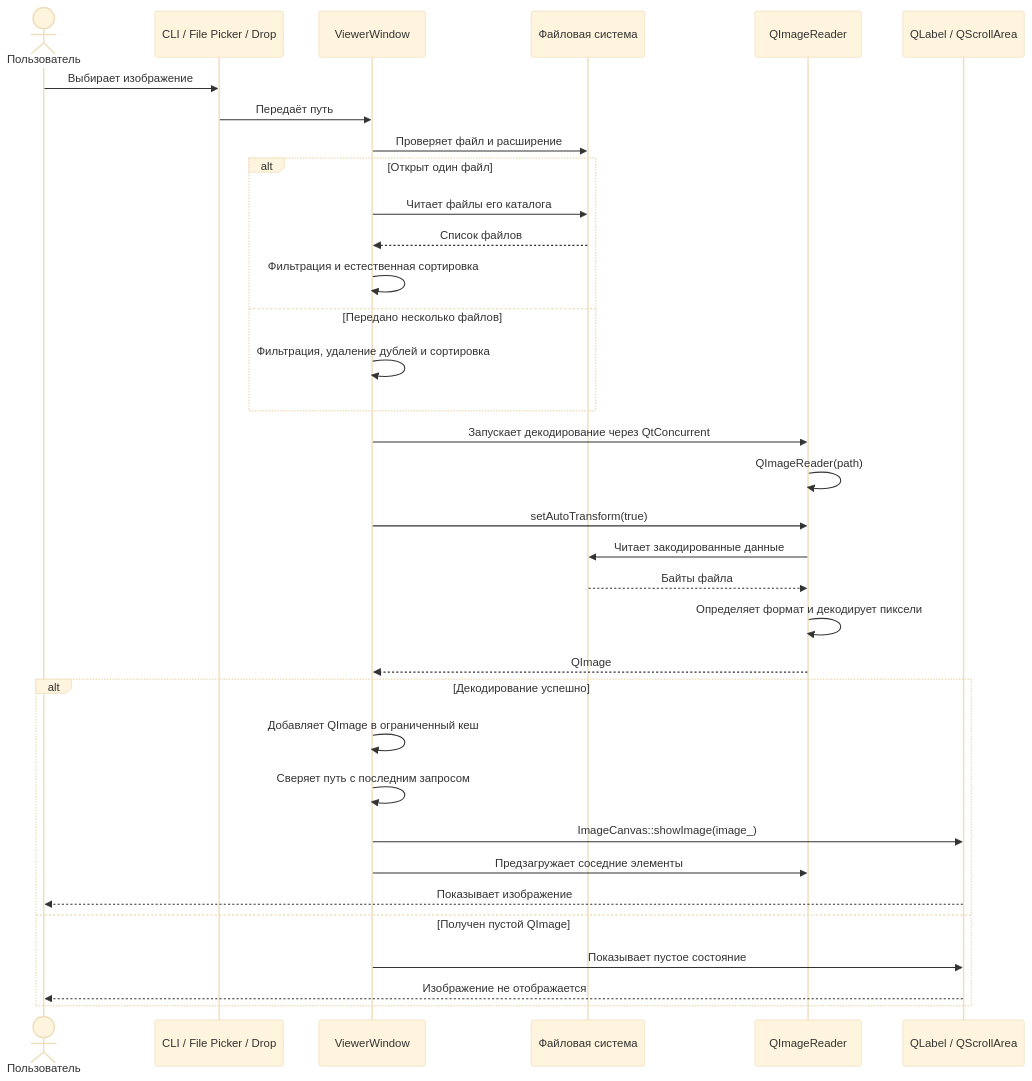
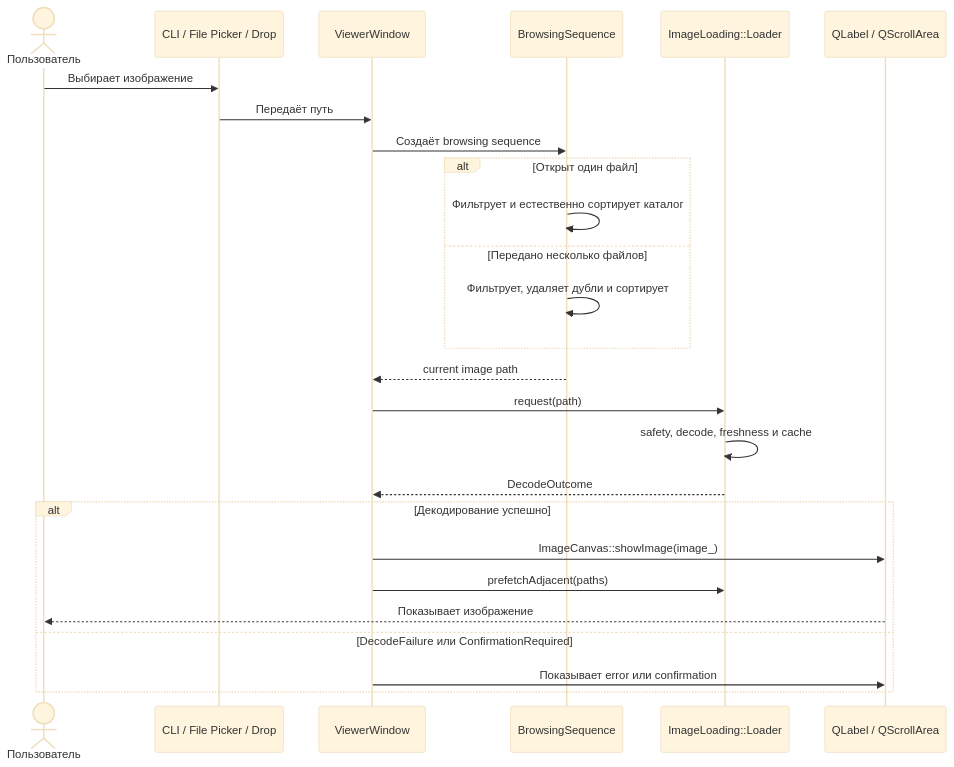
Before and after one commit to Lannselot/Flick: the second of 4 diagrams in docs/architecture.md, drawn with Mermaid (base theme). The commit also changed other lines of this file and 62 other files, not shown here.

````diff
--- a/docs/architecture.md
+++ b/docs/architecture.md
@@ -68,40 +83,32 @@
 ```mermaid
 sequenceDiagram
     actor User as Пользователь
     participant Entry as CLI / File Picker / Drop
     participant Window as ViewerWindow
-    participant FS as Файловая система
-    participant Reader as QImageReader
+    participant Sequence as BrowsingSequence
+    participant Loading as ImageLoading::Loader
     participant UI as QLabel / QScrollArea
 
     User->>Entry: Выбирает изображение
     Entry->>Window: Передаёт путь
-    Window->>FS: Проверяет файл и расширение
+    Window->>Sequence: Создаёт browsing sequence
 
     alt Открыт один файл
-        Window->>FS: Читает файлы его каталога
-        FS-->>Window: Список файлов
-        Window->>Window: Фильтрация и естественная сортировка
+        Sequence->>Sequence: Фильтрует и естественно сортирует каталог
     else Передано несколько файлов
-        Window->>Window: Фильтрация, удаление дублей и сортировка
+        Sequence->>Sequence: Фильтрует, удаляет дубли и сортирует
     end
 
-    Window->>Reader: Запускает декодирование через QtConcurrent
-    Reader->>Reader: QImageReader(path)
-    Window->>Reader: setAutoTransform(true)
-    Reader->>FS: Читает закодированные данные
-    FS-->>Reader: Байты файла
-    Reader->>Reader: Определяет формат и декодирует пиксели
-    Reader-->>Window: QImage
+    Sequence-->>Window: current image path
+    Window->>Loading: request(path)
+    Loading->>Loading: safety, decode, freshness и cache
+    Loading-->>Window: DecodeOutcome
 
     alt Декодирование успешно
-        Window->>Window: Добавляет QImage в ограниченный кеш
-        Window->>Window: Сверяет путь с последним запросом
         Window->>UI: ImageCanvas::showImage(image_)
-        Window->>Reader: Предзагружает соседние элементы
+        Window->>Loading: prefetchAdjacent(paths)
         UI-->>User: Показывает изображение
-    else Получен пустой QImage
-        Window->>UI: Показывает пустое состояние
-        UI-->>User: Изображение не отображается
+    else DecodeFailure или ConfirmationRequired
+        Window->>UI: Показывает error или confirmation
     end
 ```
````
